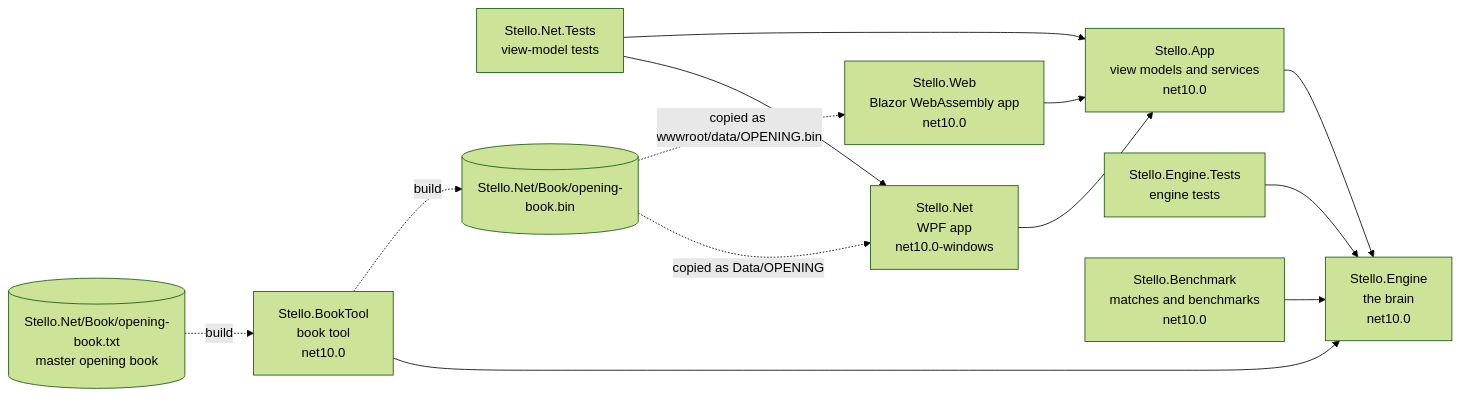
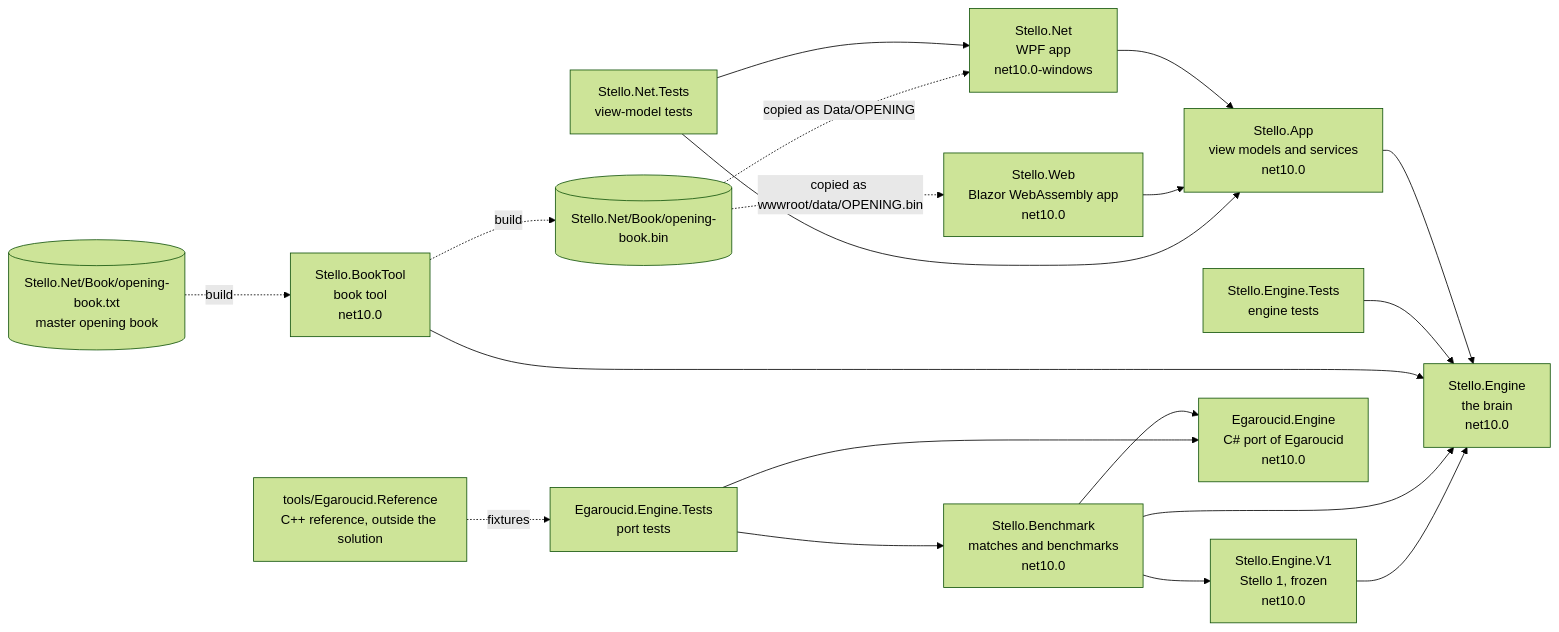
The first of 4 diagrams in docs/brain/01-overview.md (cjp-dev/Stello), drawn with Mermaid (forest theme) before and after one commit. The commit also changed other lines of this file and 31 other files, not shown here.

````diff
--- a/docs/brain/01-overview.md
+++ b/docs/brain/01-overview.md
@@ -11,15 +11,21 @@
 ```mermaid
 flowchart LR
     Wpf["Stello.Net<br/>WPF app<br/>net10.0-windows"] --> Shared["Stello.App<br/>view models and services<br/>net10.0"]
     Web["Stello.Web<br/>Blazor WebAssembly app<br/>net10.0"] --> Shared
     Shared --> Engine["Stello.Engine<br/>the brain<br/>net10.0"]
     AppTests["Stello.Net.Tests<br/>view-model tests"] --> Wpf
     AppTests --> Shared
     EngineTests["Stello.Engine.Tests<br/>engine tests"] --> Engine
     Tool["Stello.BookTool<br/>book tool<br/>net10.0"] --> Engine
     Bench["Stello.Benchmark<br/>matches and benchmarks<br/>net10.0"] --> Engine
+    V1["Stello.Engine.V1<br/>Stello 1, frozen<br/>net10.0"] --> Engine
+    Bench --> V1
+    Bench --> Egaroucid["Egaroucid.Engine<br/>C# port of Egaroucid<br/>net10.0"]
+    EgaroucidTests["Egaroucid.Engine.Tests<br/>port tests"] --> Egaroucid
+    EgaroucidTests --> Bench
+    Reference["tools/Egaroucid.Reference<br/>C++ reference, outside the solution"] -. "fixtures" .-> EgaroucidTests
     Text[("Stello.Net/Book/opening-book.txt<br/>master opening book")] -. "build" .-> Tool
     Tool -. "build" .-> Book[("Stello.Net/Book/opening-book.bin")]
     Book -. "copied as Data/OPENING" .-> Wpf
     Book -. "copied as wwwroot/data/OPENING.bin" .-> Web
 ```
````
